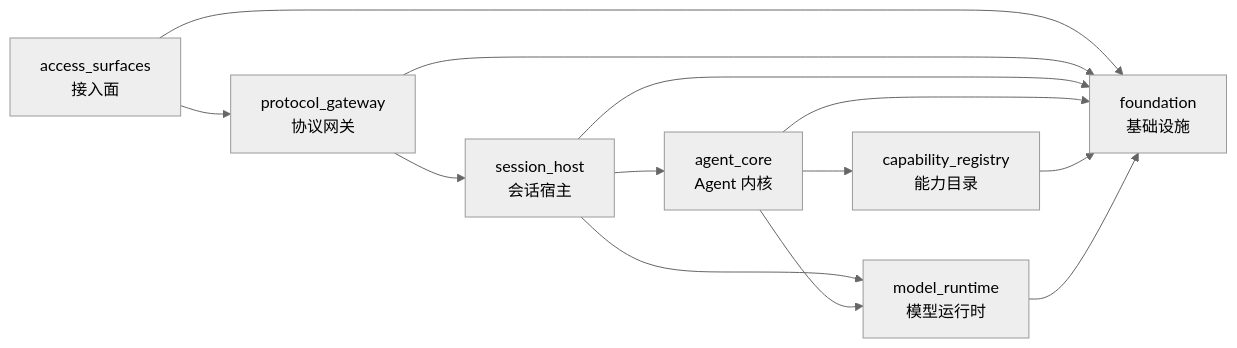
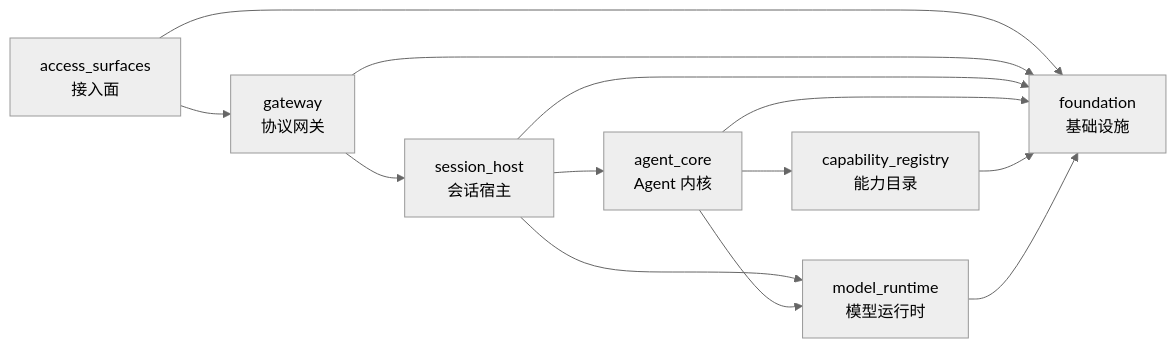
The diagram in docs/architecture/top-level-cut.md (liangboqiang/beya), drawn with Mermaid (neutral theme) before and after one commit. The commit also changed other lines of this file and 341 other files, not shown here.

First line of the commit message:
refactor: unify contract-driven architecture

````diff
--- a/docs/architecture/top-level-cut.md
+++ b/docs/architecture/top-level-cut.md
@@ -19,16 +19,16 @@
 ```mermaid
 flowchart LR
-  A["access_surfaces<br/>接入面"] --> G["protocol_gateway<br/>协议网关"]
+  A["access_surfaces<br/>接入面"] --> G["gateway<br/>协议网关"]
   G --> S["session_host<br/>会话宿主"]
   S --> C["agent_core<br/>Agent 内核"]
   S --> M["model_runtime<br/>模型运行时"]
   C --> R["capability_registry<br/>能力目录"]
   C --> M
 
   A --> F["foundation<br/>基础设施"]
   G --> F
   S --> F
   C --> F
   R --> F
   M --> F
 ```
````
